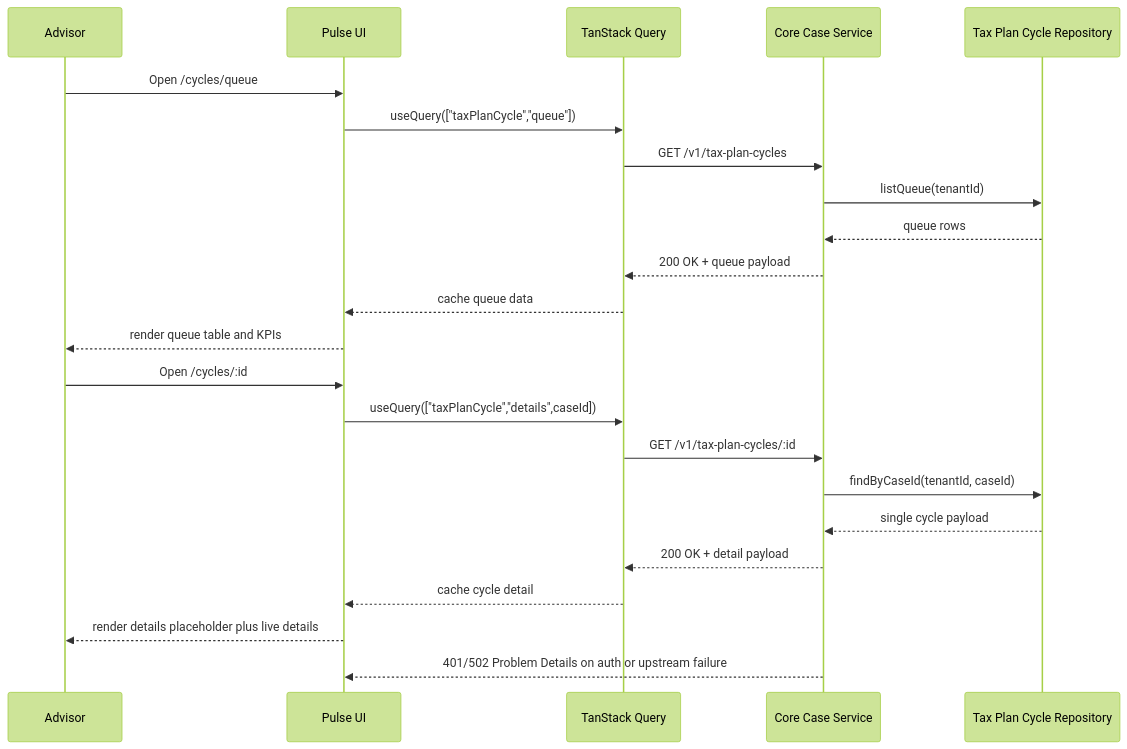
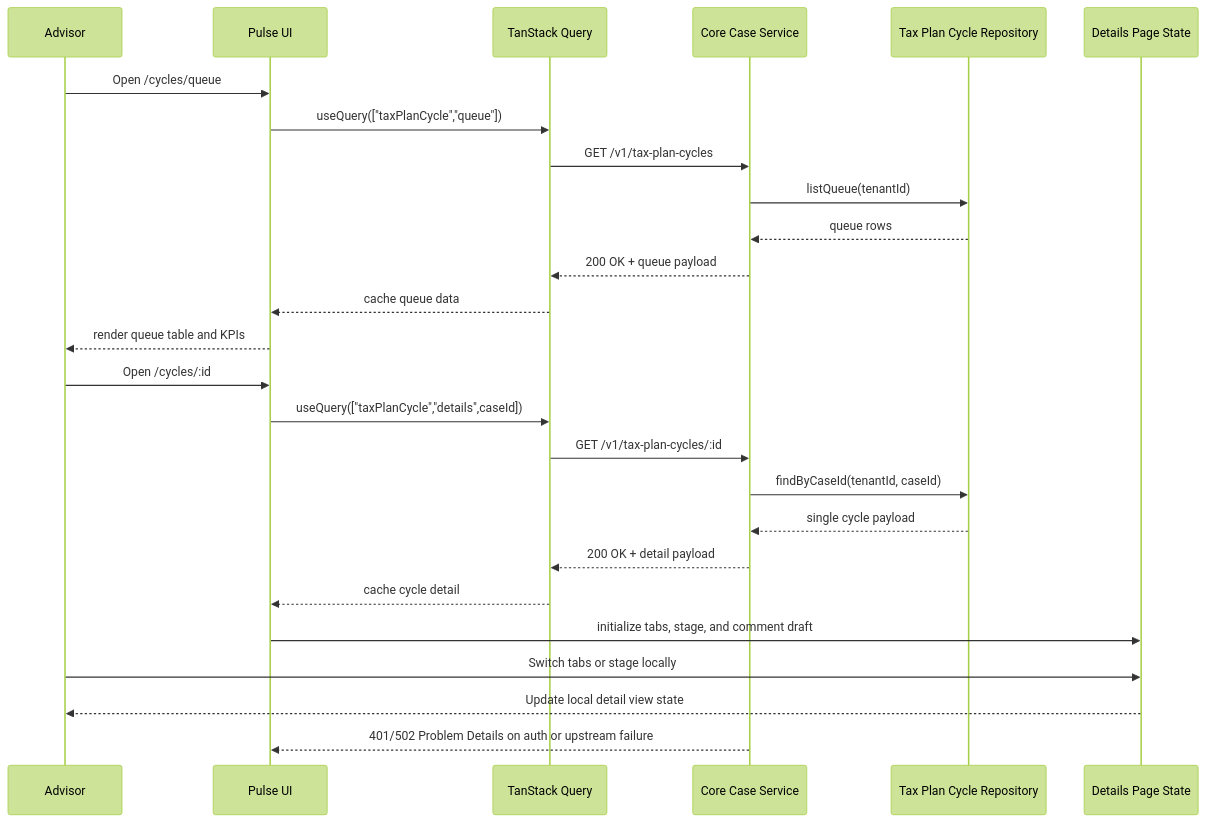
Before and after one commit to Topher05/tax-pulse-project-1: the first of 4 diagrams in planning/team/cl-ticket-journal.md, drawn with Mermaid (forest theme). The commit also changed other lines of this file and 14 other files, not shown here.

````diff
--- a/planning/team/cl-ticket-journal.md
+++ b/planning/team/cl-ticket-journal.md
@@ -58,28 +60,31 @@
 ```mermaid
 sequenceDiagram
     participant Advisor
     participant UI as Pulse UI
     participant Query as TanStack Query
     participant Core as Core Case Service
     participant Repo as Tax Plan Cycle Repository
+    participant Page as Details Page State
 
     Advisor->>UI: Open /cycles/queue
     UI->>Query: useQuery(["taxPlanCycle","queue"])
     Query->>Core: GET /v1/tax-plan-cycles
     Core->>Repo: listQueue(tenantId)
     Repo-->>Core: queue rows
     Core-->>Query: 200 OK + queue payload
     Query-->>UI: cache queue data
     UI-->>Advisor: render queue table and KPIs
 
     Advisor->>UI: Open /cycles/:id
     UI->>Query: useQuery(["taxPlanCycle","details",caseId])
     Query->>Core: GET /v1/tax-plan-cycles/:id
     Core->>Repo: findByCaseId(tenantId, caseId)
     Repo-->>Core: single cycle payload
     Core-->>Query: 200 OK + detail payload
     Query-->>UI: cache cycle detail
-    UI-->>Advisor: render details placeholder plus live details
+    UI->>Page: initialize tabs, stage, and comment draft
+    Advisor->>Page: Switch tabs or stage locally
+    Page-->>Advisor: Update local detail view state
 
     Core-->>UI: 401/502 Problem Details on auth or upstream failure
 ```
````
